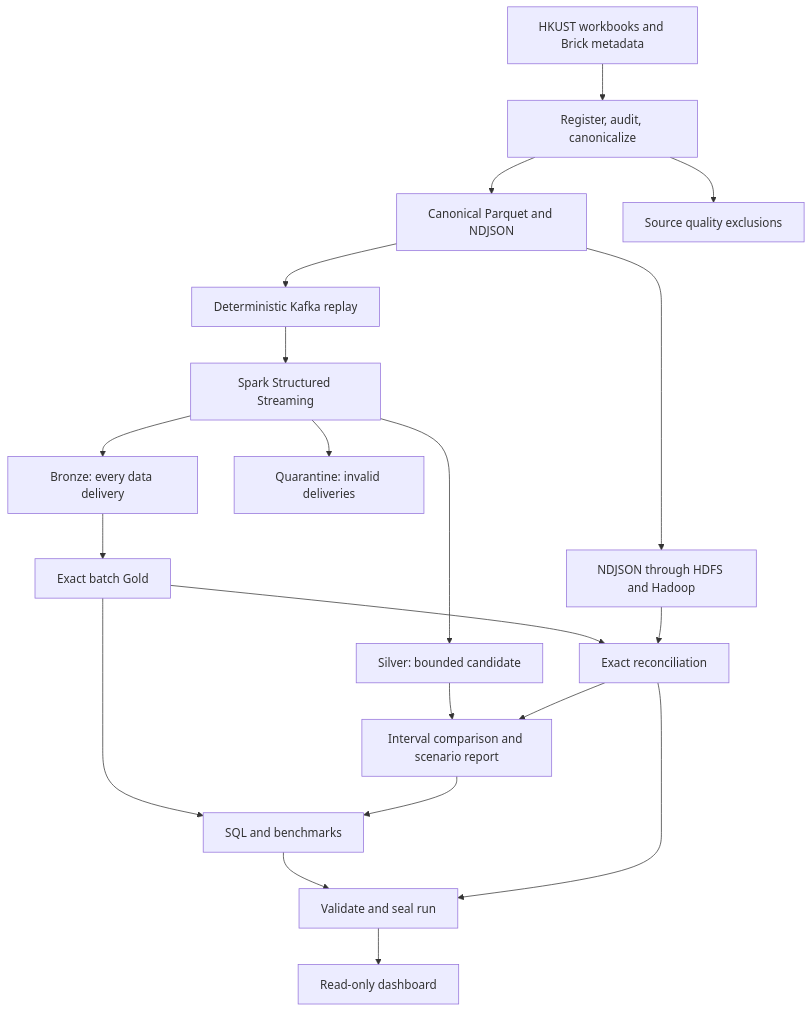
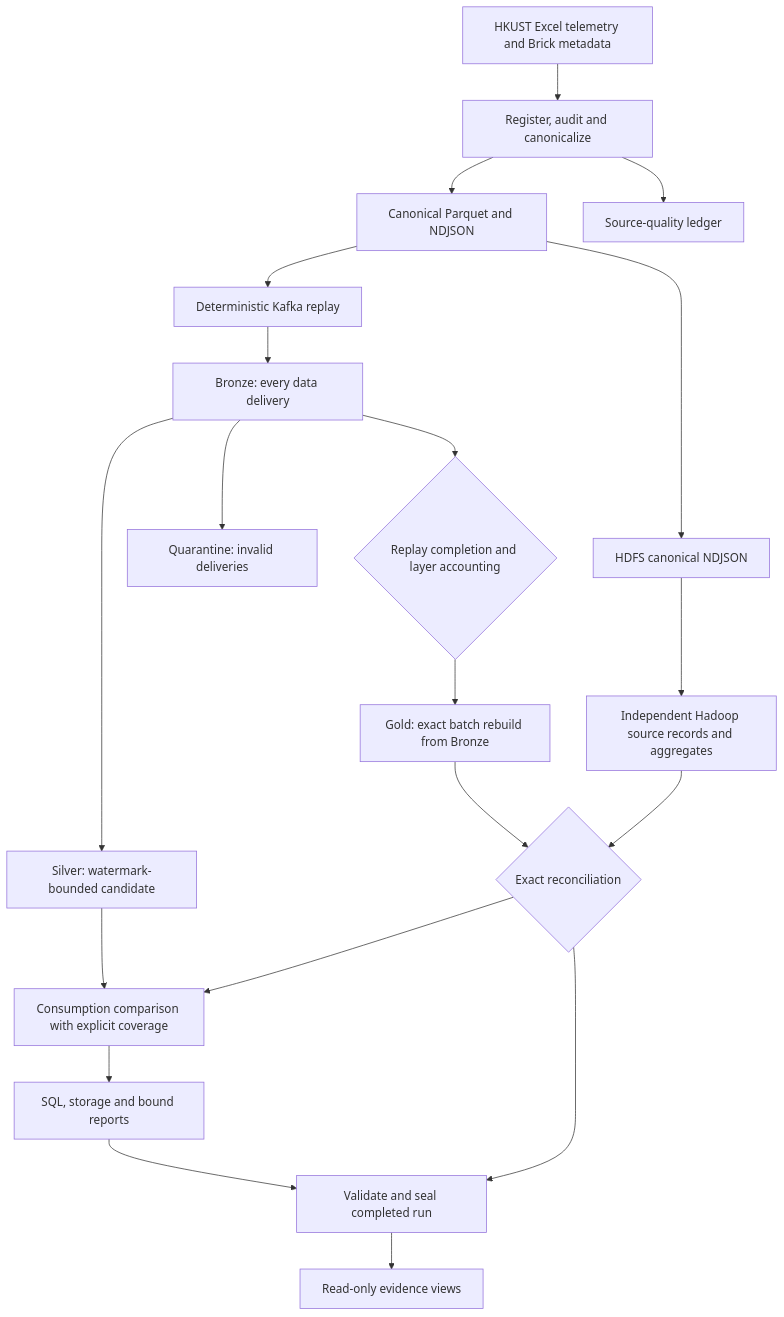
One commit to nishantharkut-research/IoT-Energy-Data-Pipeline changed the diagram in README.md. Above: the diagram before and after it, drawn with Mermaid. The commit also changed other lines of this file and 50 other files, not shown here.

Commit message:
Prepare coursework report and portable evidence dashboard

````diff
--- a/README.md
+++ b/README.md
@@ -59,22 +57,22 @@
 ```mermaid
 flowchart TD
-    Source[HKUST workbooks and Brick metadata] --> Prepare[Register, audit, canonicalize]
+    Source[HKUST Excel telemetry and Brick metadata] --> Prepare[Register, audit and canonicalize]
     Prepare --> Snapshot[Canonical Parquet and NDJSON]
-    Prepare --> SourceQuality[Source quality exclusions]
-    Snapshot --> Kafka[Deterministic Kafka replay]
-    Kafka --> Stream[Spark Structured Streaming]
-    Stream --> Bronze[Bronze: every data delivery]
-    Stream --> Silver[Silver: bounded candidate]
-    Stream --> Quarantine[Quarantine: invalid deliveries]
-    Bronze --> Gold[Exact batch Gold]
-    Snapshot --> Oracle[NDJSON through HDFS and Hadoop]
-    Gold --> Reconcile[Exact reconciliation]
-    Oracle --> Reconcile
-    Silver --> Impact[Interval comparison and scenario report]
-    Reconcile --> Impact
-    Gold --> Queries[SQL and benchmarks]
-    Impact --> Queries
-    Queries --> Seal[Validate and seal run]
-    Reconcile --> Seal
-    Seal --> Dashboard[Read-only dashboard]
+    Prepare --> Quality[Source-quality ledger]
+    Snapshot --> Replay[Deterministic Kafka replay]
+    Replay --> Bronze[Bronze: every data delivery]
+    Bronze --> Silver[Silver: watermark-bounded candidate]
+    Bronze --> Quarantine[Quarantine: invalid deliveries]
+    Bronze --> Completion{Replay completion and layer accounting}
+    Completion --> Gold[Gold: exact batch rebuild from Bronze]
+    Snapshot --> HDFS[HDFS canonical NDJSON]
+    HDFS --> Hadoop[Independent Hadoop source records and aggregates]
+    Gold --> Compare{Exact reconciliation}
+    Hadoop --> Compare
+    Silver --> Impact[Consumption comparison with explicit coverage]
+    Compare --> Impact
+    Impact --> Reports[SQL, storage and bound reports]
+    Compare --> Seal[Validate and seal completed run]
+    Reports --> Seal
+    Seal --> Views[Read-only evidence views]
 ```
````
